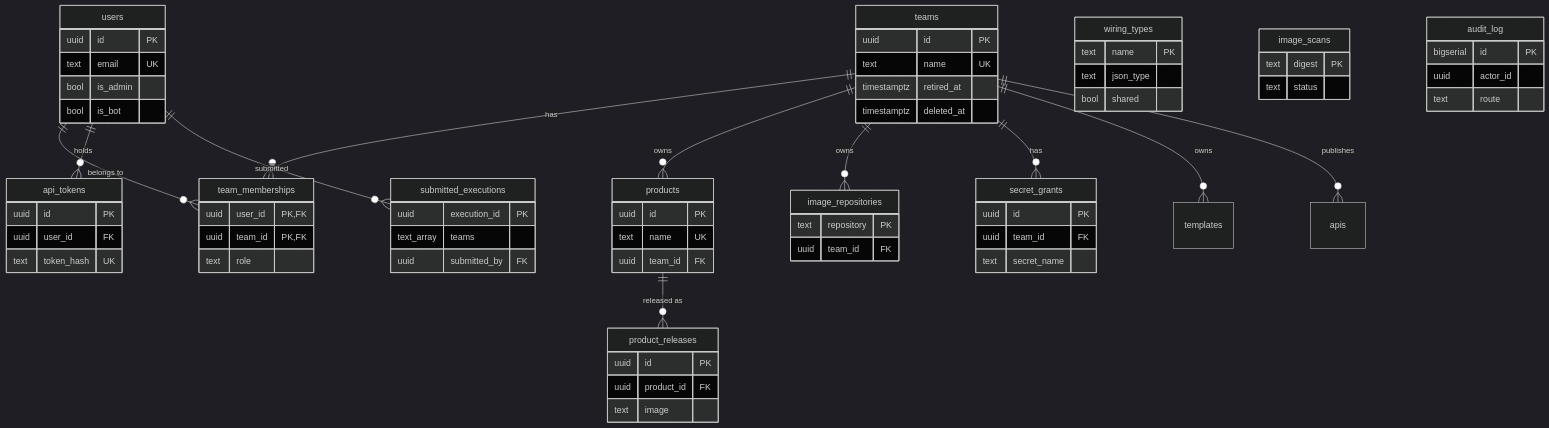
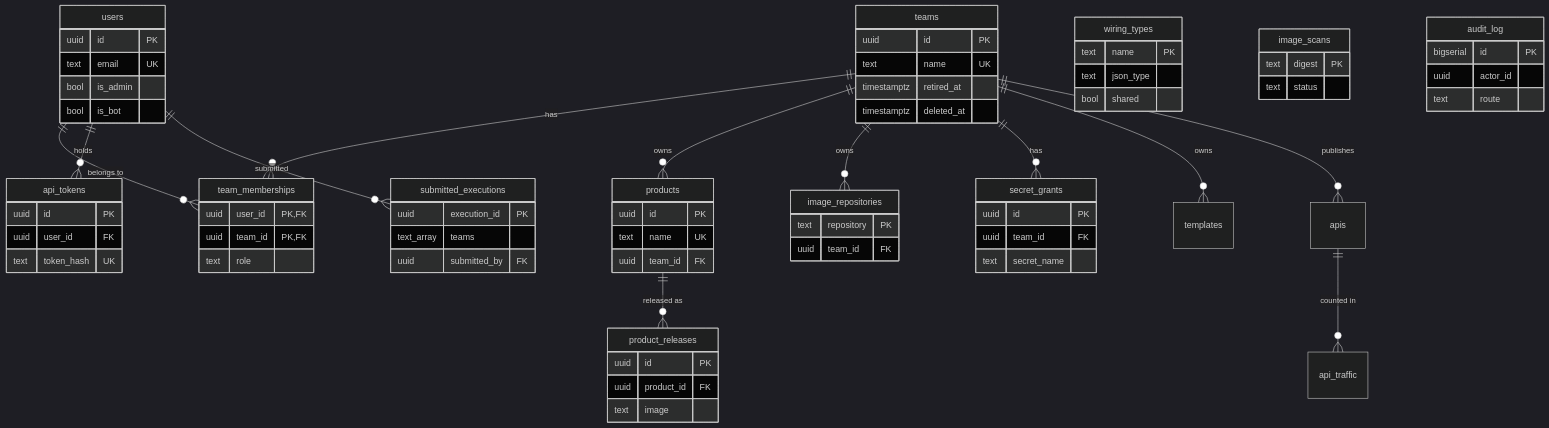
The third of 3 diagrams in console/docs/06-database-schemas.md (rburns629/vertra), drawn with Mermaid (dark theme) before and after one commit. The commit also changed other lines of this file and 51 other files, not shown here.

````diff
--- a/console/docs/06-database-schemas.md
+++ b/console/docs/06-database-schemas.md
@@ -187,73 +187,74 @@
 ```mermaid
 erDiagram
   users ||--o{ team_memberships : "belongs to"
   teams ||--o{ team_memberships : "has"
   users ||--o{ api_tokens : "holds"
   teams ||--o{ products : "owns"
   wiring_types {
     text name PK
     text json_type
     bool shared
   }
   products ||--o{ product_releases : "released as"
   teams ||--o{ image_repositories : "owns"
   teams ||--o{ secret_grants : "has"
   teams ||--o{ templates : "owns"
   teams ||--o{ apis : "publishes"
+  apis ||--o{ api_traffic : "counted in"
   users ||--o{ submitted_executions : "submitted"
   teams {
     uuid id PK
     text name UK
     timestamptz retired_at
     timestamptz deleted_at
   }
   users {
     uuid id PK
     text email UK
     bool is_admin
     bool is_bot
   }
   team_memberships {
     uuid user_id PK,FK
     uuid team_id PK,FK
     text role
   }
   api_tokens {
     uuid id PK
     uuid user_id FK
     text token_hash UK
   }
   products {
     uuid id PK
     text name UK
     uuid team_id FK
   }
   product_releases {
     uuid id PK
     uuid product_id FK
     text image
   }
   image_repositories {
     text repository PK
     uuid team_id FK
   }
   image_scans {
     text digest PK
     text status
   }
   audit_log {
     bigserial id PK
     uuid actor_id
     text route
   }
   secret_grants {
     uuid id PK
     uuid team_id FK
     text secret_name
   }
   submitted_executions {
     uuid execution_id PK
     text_array teams
     uuid submitted_by FK
   }
 ```
````
